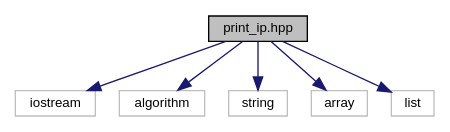
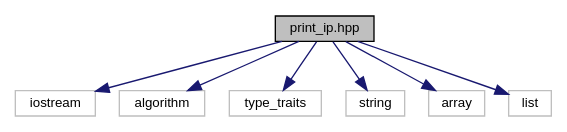
Before and after one commit to Rishat22/ConditionalIPAddressPrintingFunction: the diagram in print__ip_8hpp__incl.dot, drawn with Graphviz. The commit also changed 38 other files, not shown here.

```diff
--- a/print__ip_8hpp__incl.dot
+++ b/print__ip_8hpp__incl.dot
@@ -1,17 +1,19 @@
 digraph "print_ip.hpp"
 {
  // LATEX_PDF_SIZE
   edge [fontname="Helvetica",fontsize="10",labelfontname="Helvetica",labelfontsize="10"];
   node [fontname="Helvetica",fontsize="10",shape=record];
   Node1 [label="print_ip.hpp",height=0.2,width=0.4,color="black", fillcolor="grey75", style="filled", fontcolor="black",tooltip=" "];
   Node1 -> Node2 [color="midnightblue",fontsize="10",style="solid",fontname="Helvetica"];
   Node2 [label="iostream",height=0.2,width=0.4,color="grey75", fillcolor="white", style="filled",tooltip=" "];
   Node1 -> Node3 [color="midnightblue",fontsize="10",style="solid",fontname="Helvetica"];
   Node3 [label="algorithm",height=0.2,width=0.4,color="grey75", fillcolor="white", style="filled",tooltip=" "];
   Node1 -> Node4 [color="midnightblue",fontsize="10",style="solid",fontname="Helvetica"];
-  Node4 [label="string",height=0.2,width=0.4,color="grey75", fillcolor="white", style="filled",tooltip=" "];
+  Node4 [label="type_traits",height=0.2,width=0.4,color="grey75", fillcolor="white", style="filled",tooltip=" "];
   Node1 -> Node5 [color="midnightblue",fontsize="10",style="solid",fontname="Helvetica"];
-  Node5 [label="array",height=0.2,width=0.4,color="grey75", fillcolor="white", style="filled",tooltip=" "];
+  Node5 [label="string",height=0.2,width=0.4,color="grey75", fillcolor="white", style="filled",tooltip=" "];
   Node1 -> Node6 [color="midnightblue",fontsize="10",style="solid",fontname="Helvetica"];
-  Node6 [label="list",height=0.2,width=0.4,color="grey75", fillcolor="white", style="filled",tooltip=" "];
+  Node6 [label="array",height=0.2,width=0.4,color="grey75", fillcolor="white", style="filled",tooltip=" "];
+  Node1 -> Node7 [color="midnightblue",fontsize="10",style="solid",fontname="Helvetica"];
+  Node7 [label="list",height=0.2,width=0.4,color="grey75", fillcolor="white", style="filled",tooltip=" "];
 }
```
